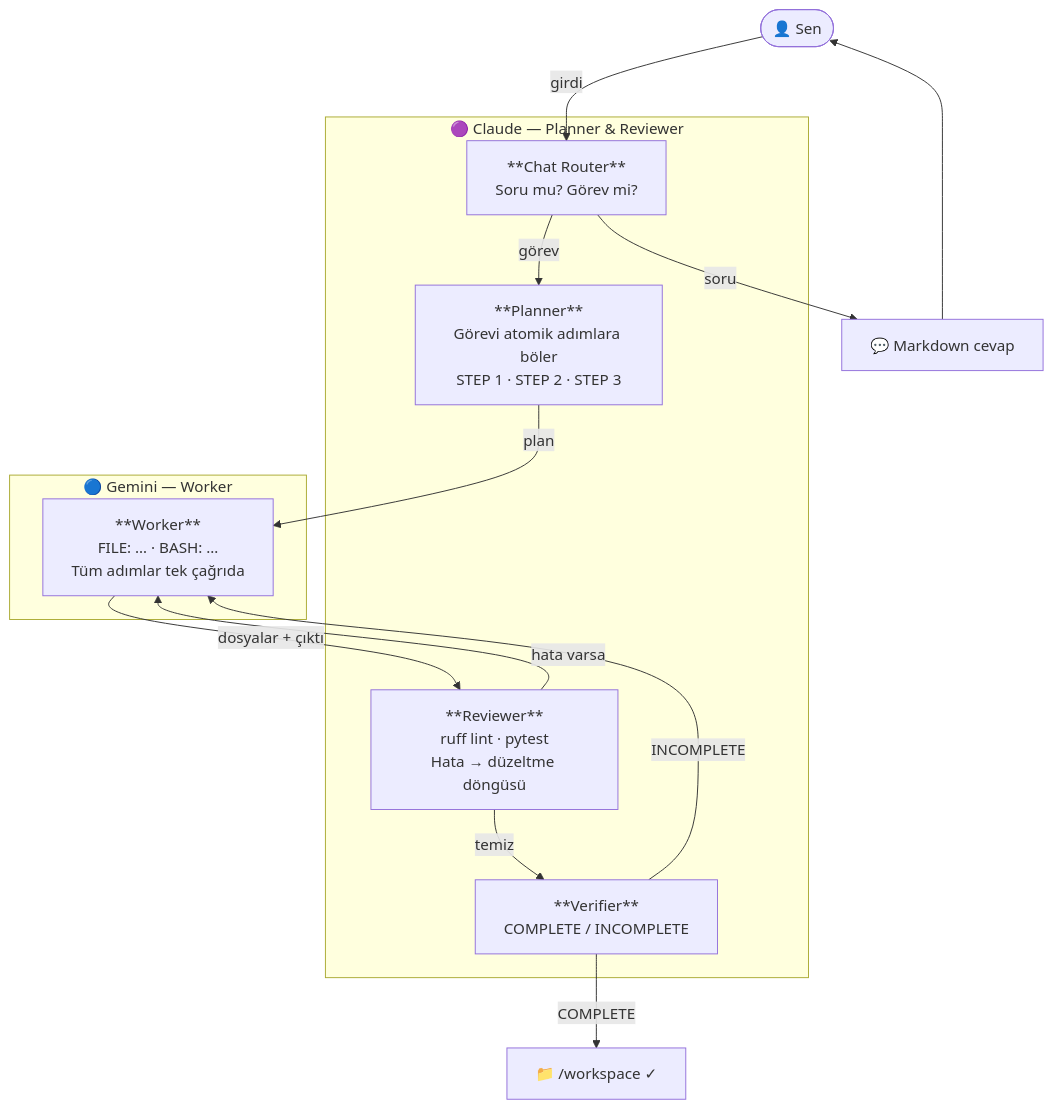
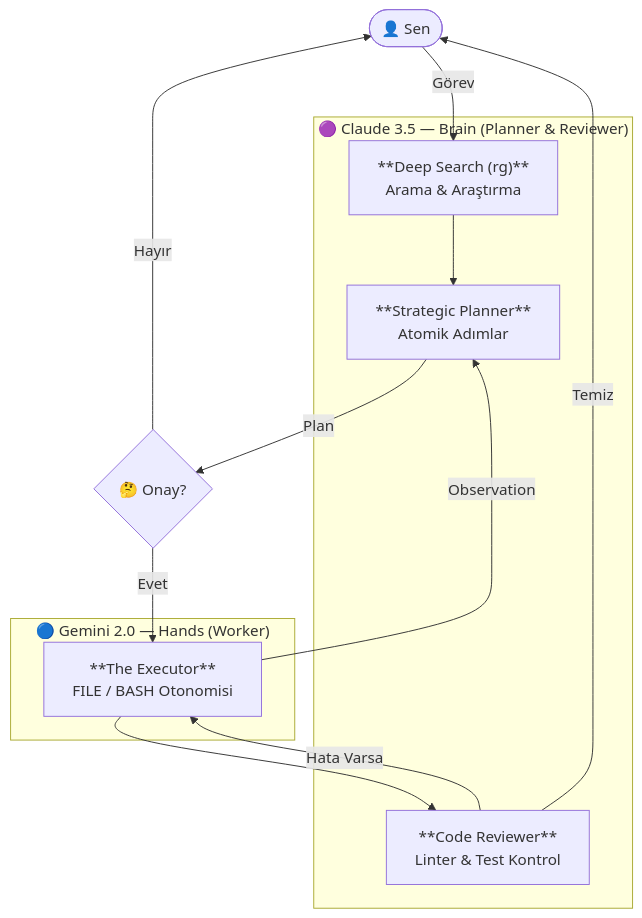
One commit to Mustafkgl/myAgent changed the diagram in README.md. Above: the diagram before and after it, drawn with Mermaid. The commit also changed other lines of this file and 8 other files, not shown here.

Commit message:
feat(tui): Implement Next-Gen TUI with Live Sidebar, DirectoryTree, Settings Modal, and Autonomous Execution Loop. Includes Deep Search (ripgrep) and optimized responsive layout.

````diff
--- a/README.md
+++ b/README.md
@@ -45,37 +57,28 @@
 ```mermaid
 flowchart TD
     User(["👤 Sen"])
 
-    subgraph claude ["🟣 Claude  —  Planner & Reviewer"]
-        Chat["**Chat Router**
-Soru mu? Görev mi?"]
-        Planner["**Planner**
-Görevi atomik adımlara böler
-STEP 1 · STEP 2 · STEP 3"]
-        Reviewer["**Reviewer**
-ruff lint · pytest
-Hata → düzeltme döngüsü"]
-        Verifier["**Verifier**
-COMPLETE / INCOMPLETE"]
+    subgraph claude ["🟣 Claude 3.5 — Brain (Planner & Reviewer)"]
+        Search["**Deep Search (rg)**
+Arama & Araştırma"]
+        Planner["**Strategic Planner**
+Atomik Adımlar"]
+        Reviewer["**Code Reviewer**
+Linter & Test Kontrol"]
     end
 
-    subgraph gemini ["🔵 Gemini  —  Worker"]
-        Worker["**Worker**
-FILE: … · BASH: …
-Tüm adımlar tek çağrıda"]
+    subgraph gemini ["🔵 Gemini 2.0 — Hands (Worker)"]
+        Worker["**The Executor**
+FILE / BASH Otonomisi"]
     end
 
-    Answer["💬 Markdown cevap"]
-    Workspace["📁 /workspace  ✓"]
-
-    User -->|girdi| Chat
-    Chat -->|soru| Answer
-    Answer --> User
-    Chat -->|görev| Planner
-    Planner -->|plan| Worker
-    Worker -->|dosyalar + çıktı| Reviewer
-    Reviewer -->|hata varsa| Worker
-    Reviewer -->|temiz| Verifier
-    Verifier -->|INCOMPLETE| Worker
-    Verifier -->|COMPLETE| Workspace
+    User -->|Görev| Search
+    Search --> Planner
+    Planner -->|Plan| Approval{🤔 Onay?}
+    Approval -->|Evet| Worker
+    Approval -->|Hayır| User
+    Worker -->|Observation| Planner
+    Worker --> Reviewer
+    Reviewer -->|Hata Varsa| Worker
+    Reviewer -->|Temiz| User
 ```
````
